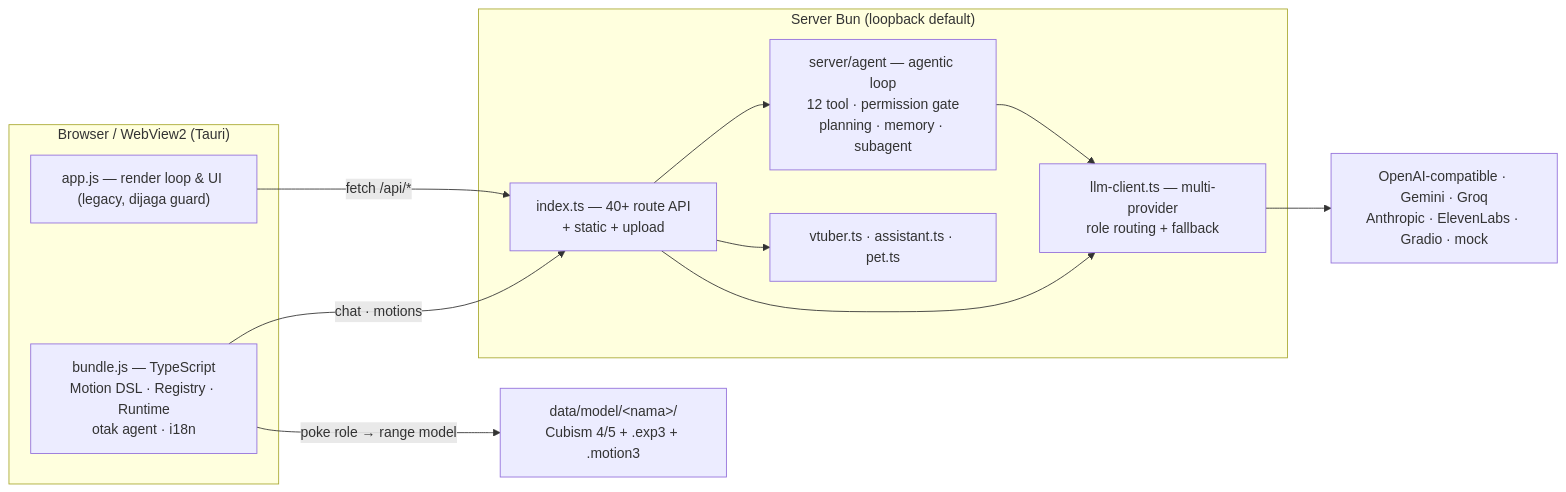
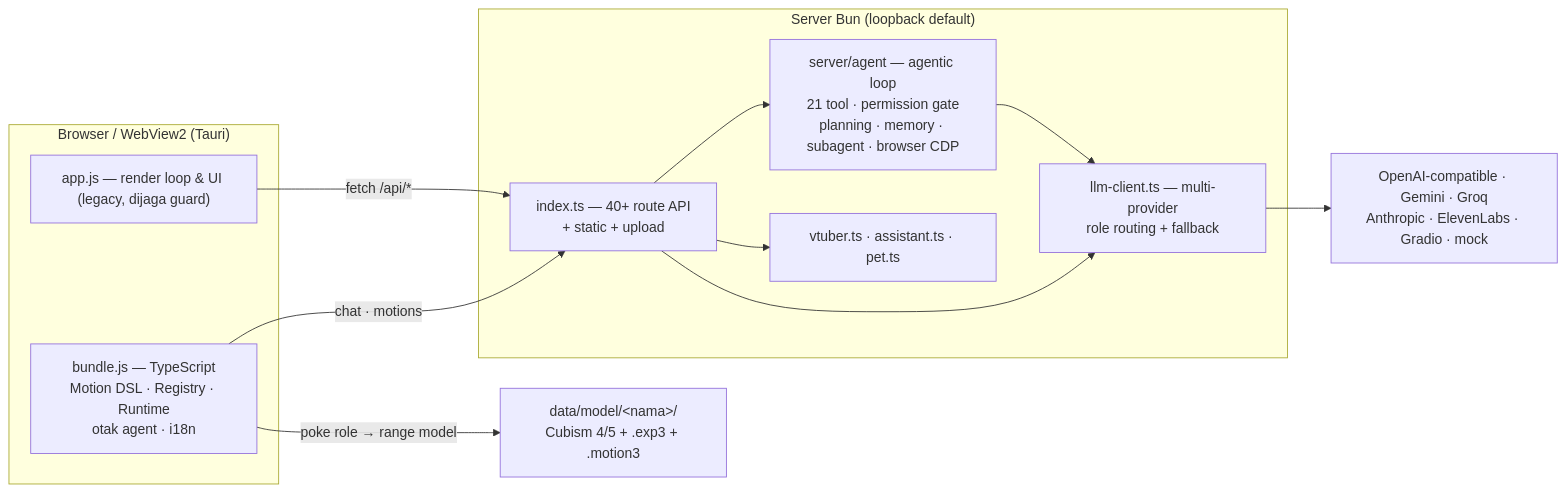
The diagram in README.md (TesaOP/ngetes), drawn with Mermaid before and after one commit. The commit also changed other lines of this file and 3 other files, not shown here.

First line of the commit message:
docs: workspace 4 kolom + browser CDP nyata + 21 tool agent

````diff
--- a/README.md
+++ b/README.md
@@ -74,22 +74,22 @@
 ```mermaid
 flowchart LR
     subgraph client["Browser / WebView2 (Tauri)"]
         APP["app.js — render loop & UI (legacy, dijaga guard)"]
         BUNDLE["bundle.js — TypeScript<br/>Motion DSL · Registry · Runtime<br/>otak agent · i18n"]
     end
     subgraph server["Server Bun (loopback default)"]
         API["index.ts — 40+ route API<br/>+ static + upload"]
-        AGENT["server/agent — agentic loop<br/>12 tool · permission gate<br/>planning · memory · subagent"]
+        AGENT["server/agent — agentic loop<br/>21 tool · permission gate<br/>planning · memory · subagent · browser CDP"]
         MODES["vtuber.ts · assistant.ts · pet.ts"]
         LLM["llm-client.ts — multi-provider<br/>role routing + fallback"]
     end
     PROVIDERS["OpenAI-compatible · Gemini · Groq<br/>Anthropic · ElevenLabs · Gradio · mock"]
     MODEL["data/model/&lt;nama&gt;/<br/>Cubism 4/5 + .exp3 + .motion3"]
 
     APP -- "fetch /api/*" --> API
     BUNDLE -- "chat · motions" --> API
     API --> AGENT --> LLM
     API --> MODES
     API --> LLM --> PROVIDERS
     BUNDLE -- "poke role → range model" --> MODEL
 ```
````
